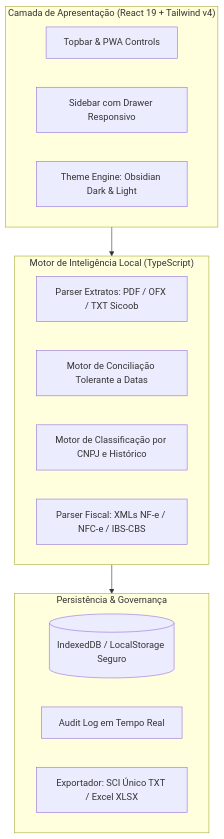
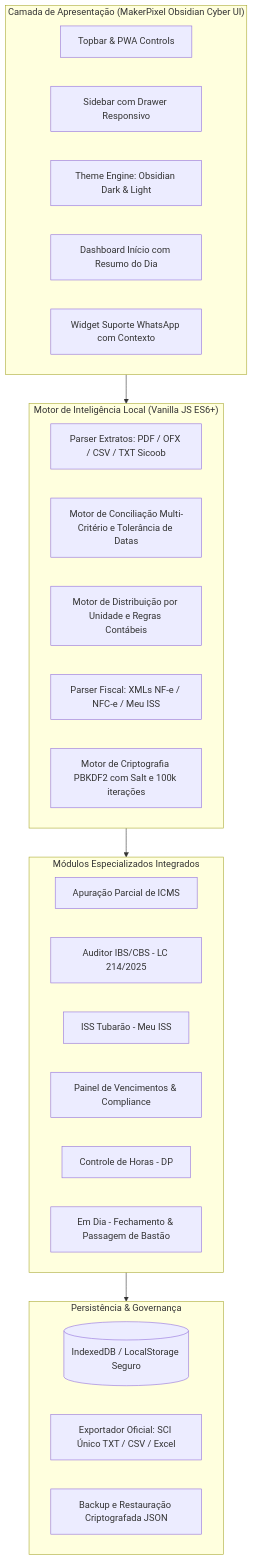
One commit to Mauricio-G-Oliveira/makerpixel-gestao changed the diagram in README.md. Above: the diagram before and after it, drawn with Mermaid. The commit also changed other lines of this file and 142 other files, not shown here.

Commit message:
feat: integrate final frontend with 6 modules, MakerPixel Tech branding, and full test suite

````diff
--- a/README.md
+++ b/README.md
@@ -44,24 +44,37 @@
 ```mermaid
 flowchart TD
-    subgraph UI ["Camada de Apresentação (React 19 + Tailwind v4)"]
+    subgraph UI ["Camada de Apresentação (MakerPixel Obsidian Cyber UI)"]
         A[Topbar & PWA Controls]
         B[Sidebar com Drawer Responsivo]
         C[Theme Engine: Obsidian Dark & Light]
+        D[Dashboard Início com Resumo do Dia]
+        E[Widget Suporte WhatsApp com Contexto]
     end
 
-    subgraph CoreEngine ["Motor de Inteligência Local (TypeScript)"]
-        D[Parser Extratos: PDF / OFX / TXT Sicoob]
-        E[Motor de Conciliação Tolerante a Datas]
-        F[Motor de Classificação por CNPJ e Histórico]
-        G[Parser Fiscal: XMLs NF-e / NFC-e / IBS-CBS]
+    subgraph CoreEngine ["Motor de Inteligência Local (Vanilla JS ES6+)"]
+        F[Parser Extratos: PDF / OFX / CSV / TXT Sicoob]
+        G[Motor de Conciliação Multi-Critério e Tolerância de Datas]
+        H[Motor de Distribuição por Unidade e Regras Contábeis]
+        I[Parser Fiscal: XMLs NF-e / NFC-e / Meu ISS]
+        J[Motor de Criptografia PBKDF2 com Salt e 100k iterações]
+    end
+
+    subgraph Modules ["Módulos Especializados Integrados"]
+        M1[Apuração Parcial de ICMS]
+        M2[Auditor IBS/CBS - LC 214/2025]
+        M3[ISS Tubarão - Meu ISS]
+        M4[Painel de Vencimentos & Compliance]
+        M5[Controle de Horas - DP]
+        M6[Em Dia - Fechamento & Passagem de Bastão]
     end
 
     subgraph Storage ["Persistência & Governança"]
-        H[(IndexedDB / LocalStorage Seguro)]
-        I[Audit Log em Tempo Real]
-        J[Exportador: SCI Único TXT / Excel XLSX]
+        K[(IndexedDB / LocalStorage Seguro)]
+        L[Exportador Oficial: SCI Único TXT / CSV / Excel]
+        N[Backup e Restauração Criptografada JSON]
     end
 
     UI --> CoreEngine
-    CoreEngine --> Storage
+    CoreEngine --> Modules
+    Modules --> Storage
 ```
````
